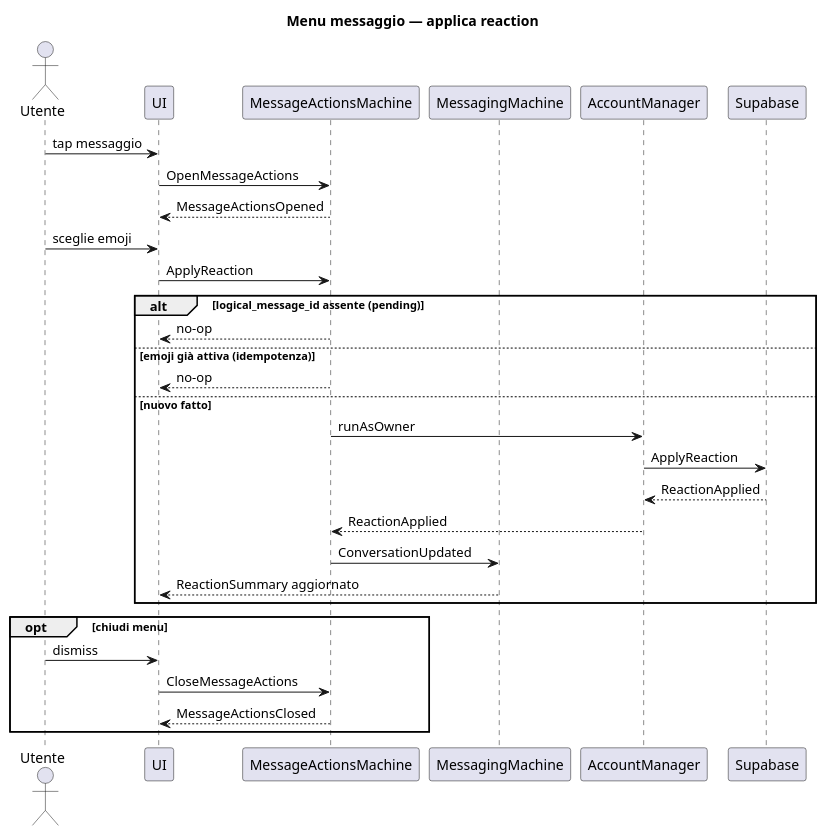
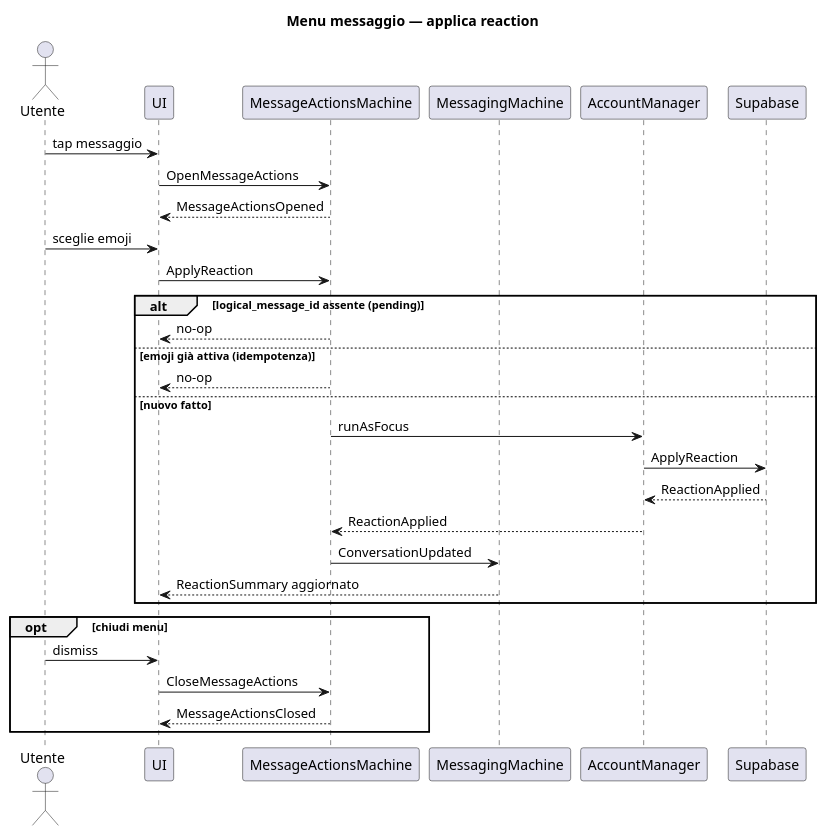
The diagram in docs/model/uml/messaging/seq-message-actions-reaction.puml (alfred-im/alfred-im), drawn with PlantUML before and after one commit. The commit also changed 200 other files, not shown here.

```diff
--- a/docs/model/uml/messaging/seq-message-actions-reaction.puml
+++ b/docs/model/uml/messaging/seq-message-actions-reaction.puml
@@ -1,41 +1,41 @@
 @startuml seq-message-actions-reaction
 ' Context: messaging
 ' Profile: client
 ' Revision: 2026-08-07
 
 title Menu messaggio — applica reaction
 
 actor Utente
 participant "UI" as UI
 participant "MessageActionsMachine" as MAM
 participant "MessagingMachine" as MM
 participant "AccountManager" as AM
 participant "Supabase" as SB
 
 Utente -> UI : tap messaggio
 UI -> MAM : OpenMessageActions
 MAM --> UI : MessageActionsOpened
 
 Utente -> UI : sceglie emoji
 UI -> MAM : ApplyReaction
 
 alt logical_message_id assente (pending)
   MAM --> UI : no-op
 else emoji già attiva (idempotenza)
   MAM --> UI : no-op
 else nuovo fatto
-  MAM -> AM : runAsOwner
+  MAM -> AM : runAsFocus
   AM -> SB : ApplyReaction
   SB --> AM : ReactionApplied
   AM --> MAM : ReactionApplied
   MAM -> MM : ConversationUpdated
   MM --> UI : ReactionSummary aggiornato
 end
 
 opt chiudi menu
   Utente -> UI : dismiss
   UI -> MAM : CloseMessageActions
   MAM --> UI : MessageActionsClosed
 end
 
 @enduml
```
